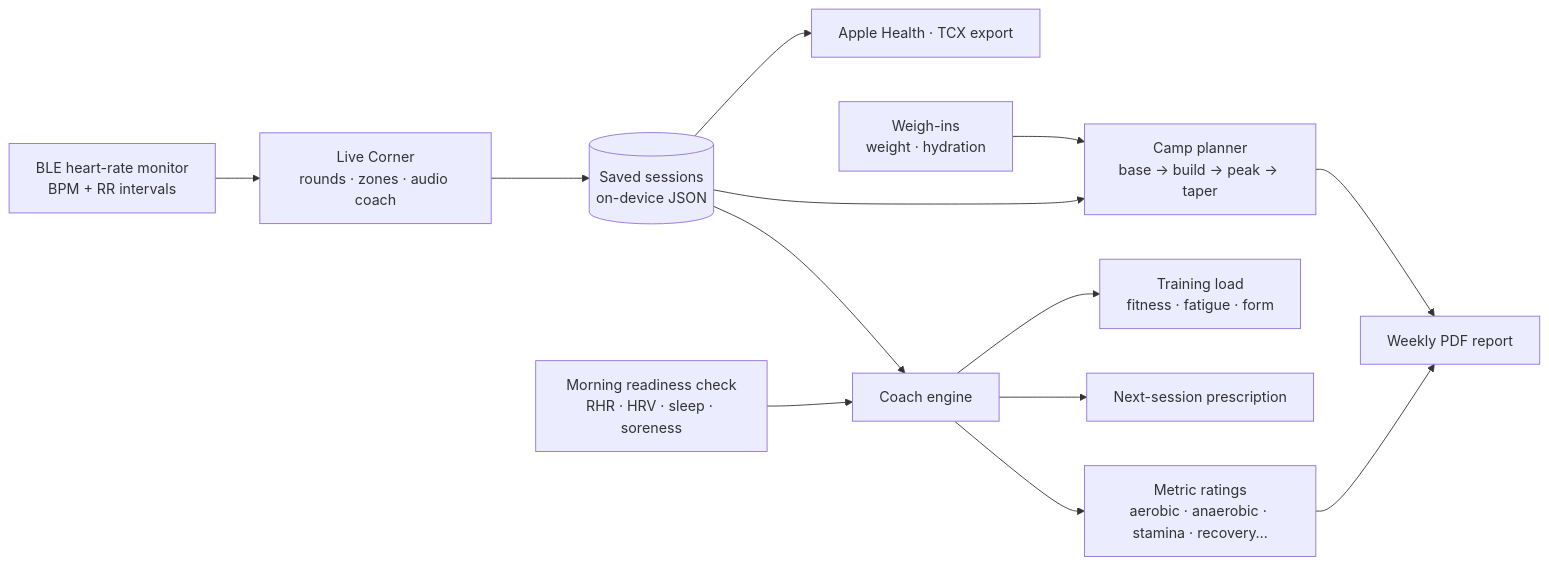
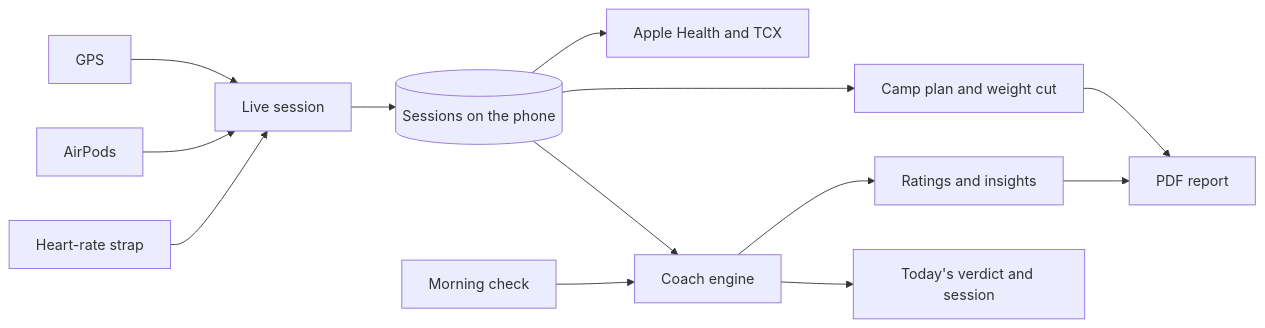
One commit to arieleven/FIGHT changed the diagram in README.md. Above: the diagram before and after it, drawn with Mermaid. The commit also changed other lines of this file and 1 other file, not shown here.

````diff
--- a/README.md
+++ b/README.md
@@ -175,15 +189,15 @@
 ```mermaid
 flowchart LR
-    S[BLE heart-rate monitor<br/>BPM + RR intervals] --> L[Live Corner<br/>rounds · zones · audio coach]
-    L --> W[(Saved sessions<br/>on-device JSON)]
-    R[Morning readiness check<br/>RHR · HRV · sleep · soreness] --> E
-    G[Weigh-ins<br/>weight · hydration] --> C
-    W --> E[Coach engine]
-    E --> M[Metric ratings<br/>aerobic · anaerobic · stamina · recovery…]
-    E --> P[Next-session prescription]
-    E --> T[Training load<br/>fitness · fatigue · form]
-    W --> C[Camp planner<br/>base → build → peak → taper]
-    C --> X[Weekly PDF report]
+    S[Heart-rate strap] --> L[Live session]
+    A[AirPods] --> L
+    P[GPS] --> L
+    L --> W[(Sessions on the phone)]
+    R[Morning check] --> E[Coach engine]
+    W --> E
+    E --> T[Today's verdict and session]
+    E --> M[Ratings and insights]
+    W --> C[Camp plan and weight cut]
+    C --> X[PDF report]
     M --> X
-    W --> H[Apple Health · TCX export]
+    W --> H[Apple Health and TCX]
 ```
````
